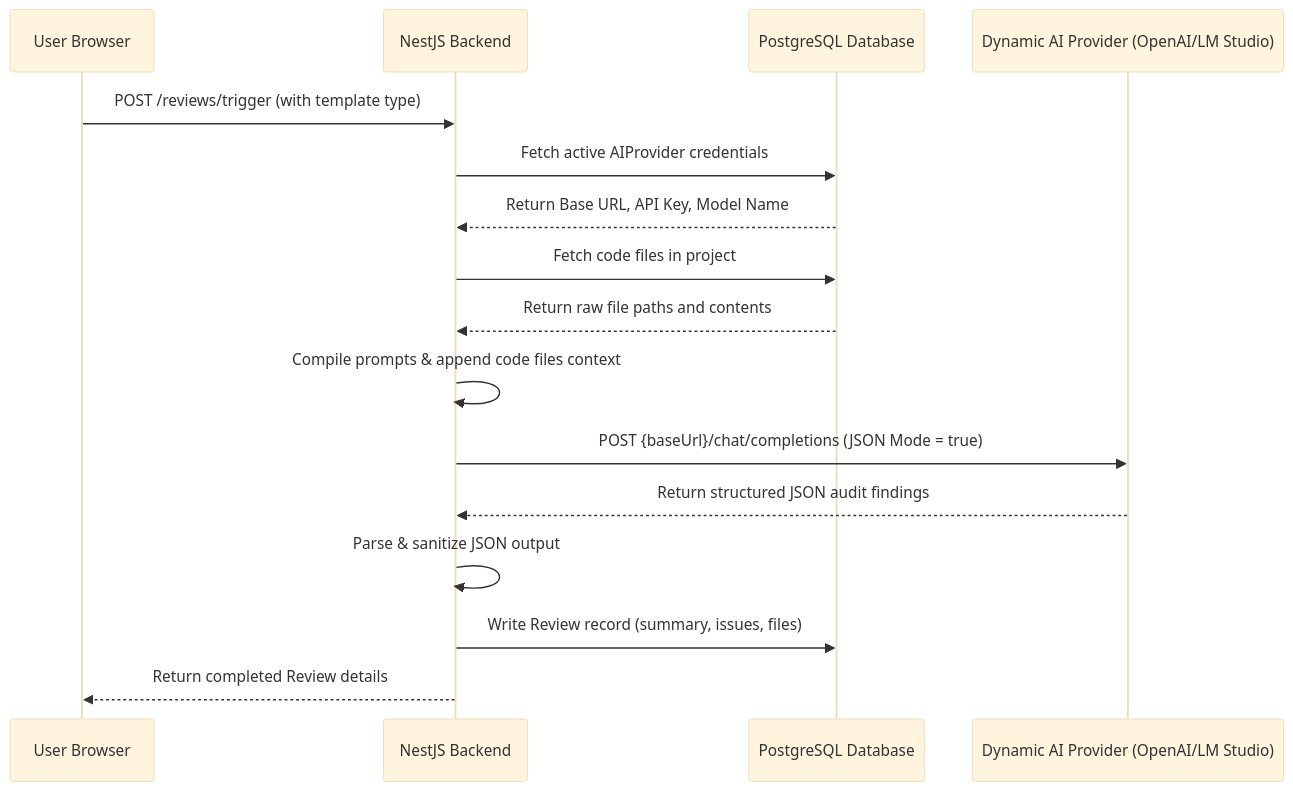
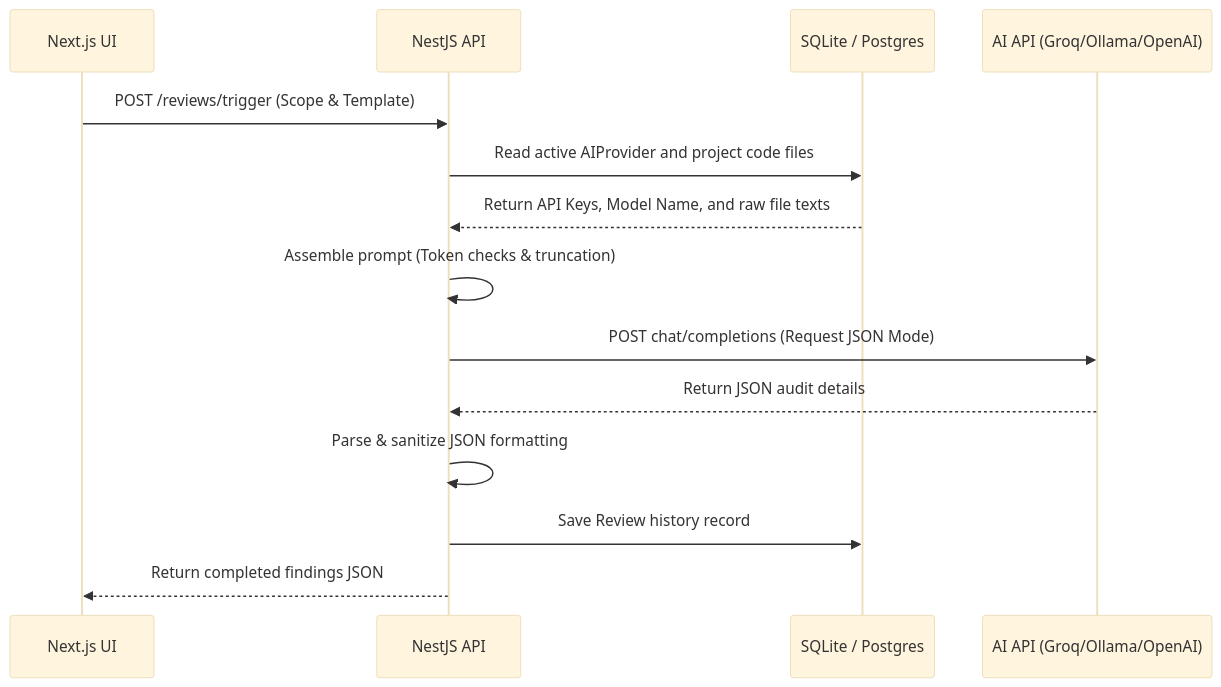
One commit to Saksham-official/ai-code-review-assistant changed the second of 2 diagrams in ARCHITECTURE.md. Above: the diagram before and after it, drawn with Mermaid (base theme). The commit also changed other lines of this file and 5 other files, not shown here.

````diff
--- a/ARCHITECTURE.md
+++ b/ARCHITECTURE.md
@@ -124,19 +120,17 @@
 ```mermaid
 sequenceDiagram
-    participant User as User Browser
-    participant API as NestJS Backend
-    participant DB as PostgreSQL Database
-    participant LLM as Dynamic AI Provider (OpenAI/LM Studio)
+    participant UI as Next.js UI
+    participant Server as NestJS API
+    participant DB as SQLite / Postgres
+    participant LLM as AI API (Groq/Ollama/OpenAI)
 
-    User->>API: POST /reviews/trigger (with template type)
-    API->>DB: Fetch active AIProvider credentials
-    DB-->>API: Return Base URL, API Key, Model Name
-    API->>DB: Fetch code files in project
-    DB-->>API: Return raw file paths and contents
-    API->>API: Compile prompts & append code files context
-    API->>LLM: POST {baseUrl}/chat/completions (JSON Mode = true)
-    LLM-->>API: Return structured JSON audit findings
-    API->>API: Parse & sanitize JSON output
-    API->>DB: Write Review record (summary, issues, files)
-    API-->>User: Return completed Review details
+    UI->>Server: POST /reviews/trigger (Scope & Template)
+    Server->>DB: Read active AIProvider and project code files
+    DB-->>Server: Return API Keys, Model Name, and raw file texts
+    Server->>Server: Assemble prompt (Token checks & truncation)
+    Server->>LLM: POST chat/completions (Request JSON Mode)
+    LLM-->>Server: Return JSON audit details
+    Server->>Server: Parse & sanitize JSON formatting
+    Server->>DB: Save Review history record
+    Server-->>UI: Return completed findings JSON
 ```
````
